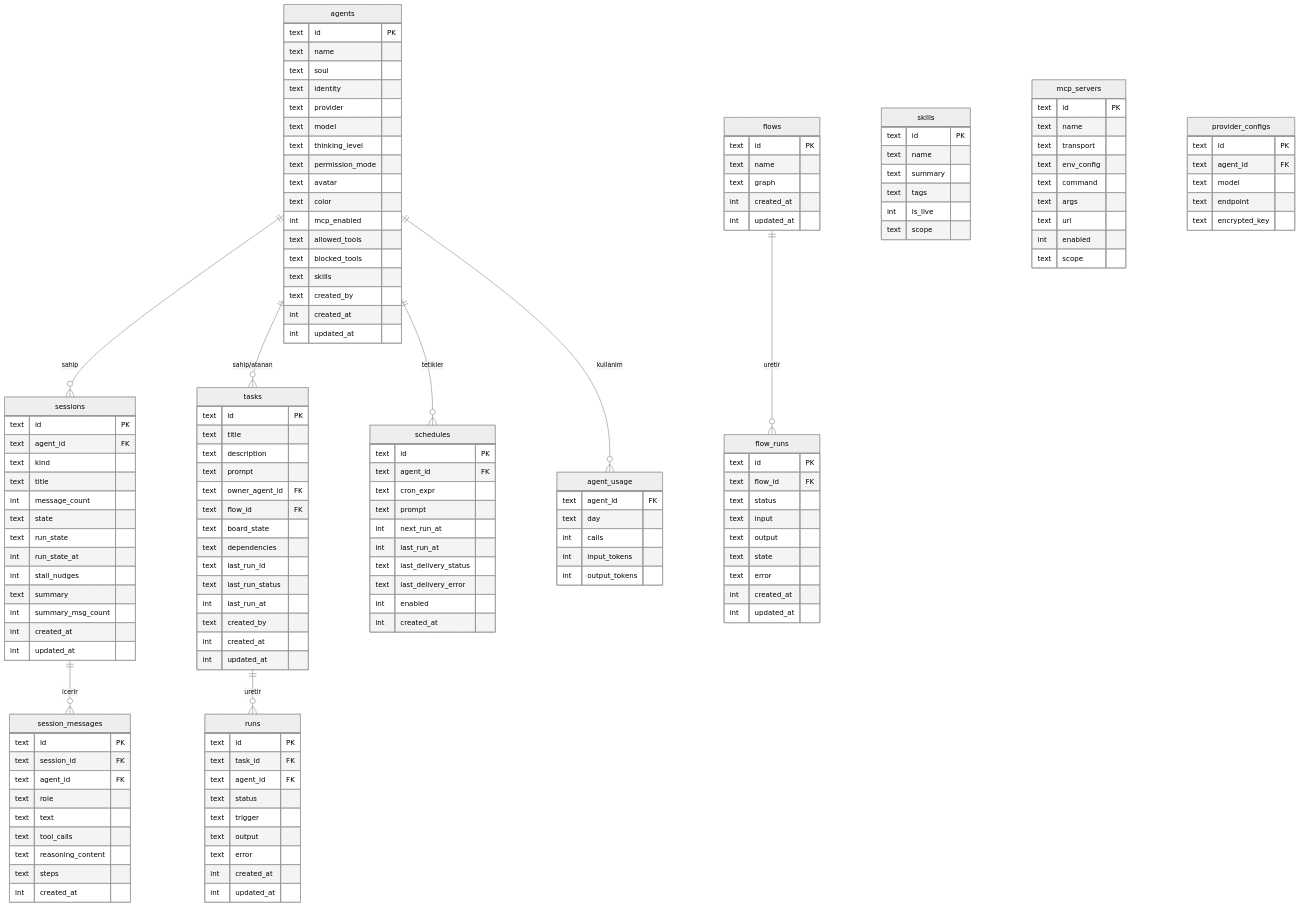
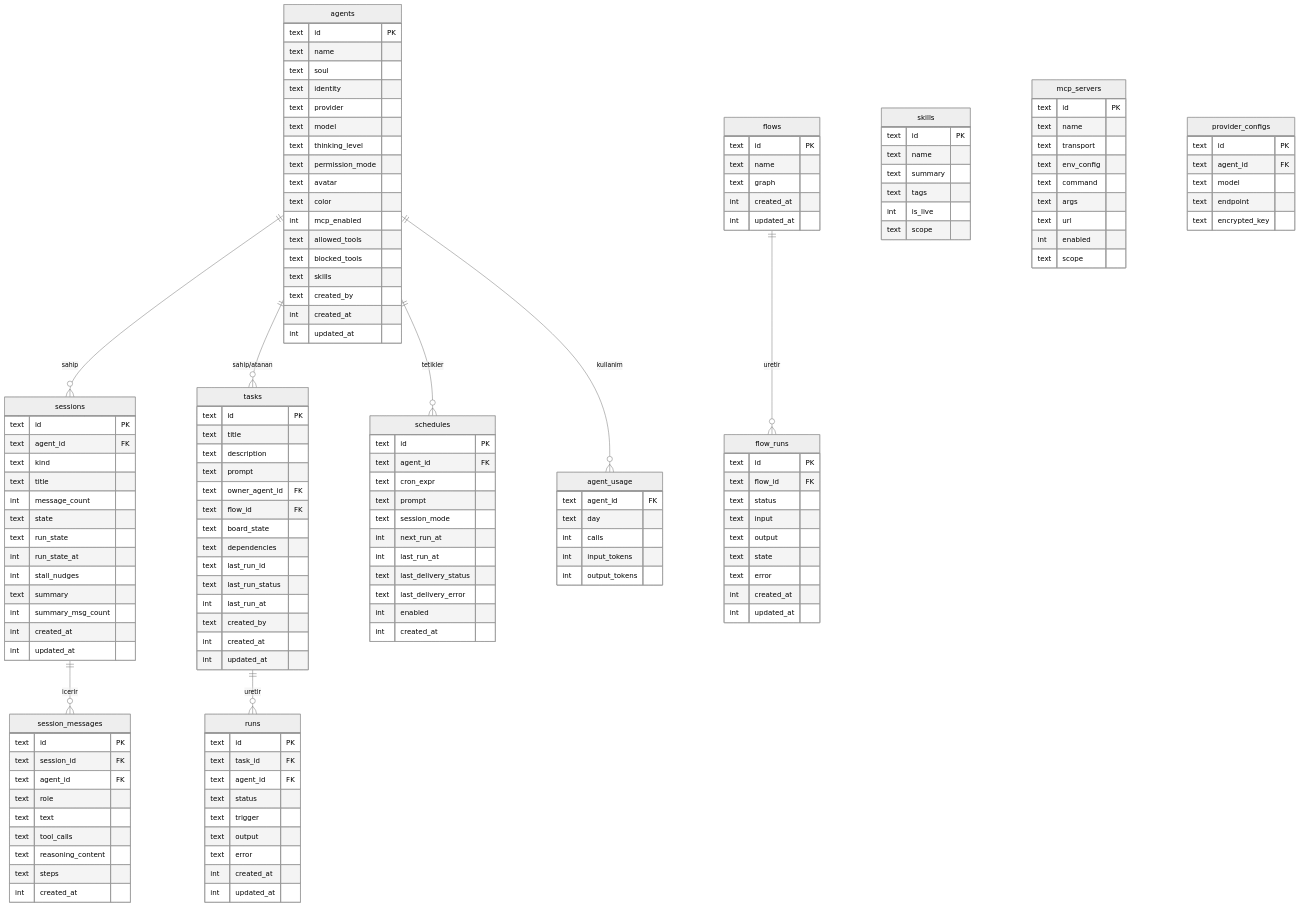
One commit to bilal-arikan/tionharness changed the diagram in _Docs/02-VERI-MODELI.md. Above: the diagram before and after it, drawn with Mermaid (neutral theme). The commit also changed other lines of this file and 16 other files, not shown here.

First line of the commit message:
feat(schedule): add per-schedule session mode and writable schedule sessions

```diff
--- a/_Docs/02-VERI-MODELI.md
+++ b/_Docs/02-VERI-MODELI.md
@@ -92,6 +92,7 @@
         text agent_id FK
         text cron_expr
         text prompt
+        text session_mode
         int  next_run_at
         int  last_run_at
         text last_delivery_status
```
